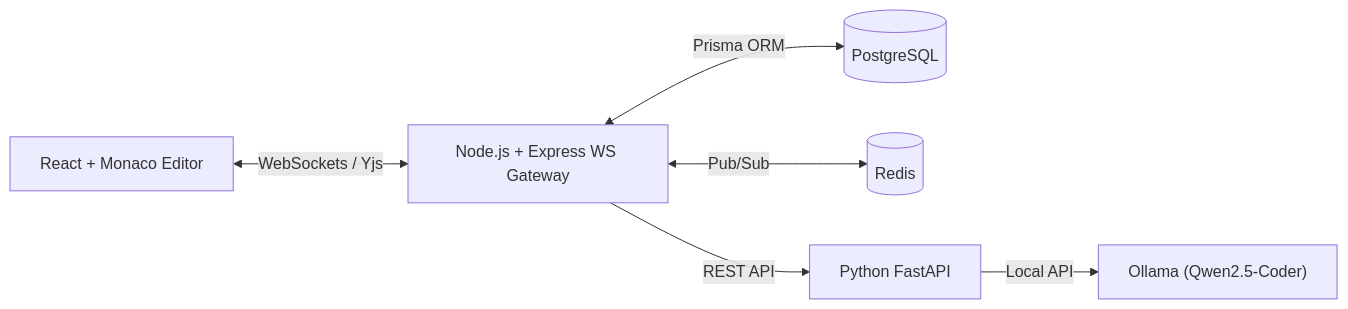
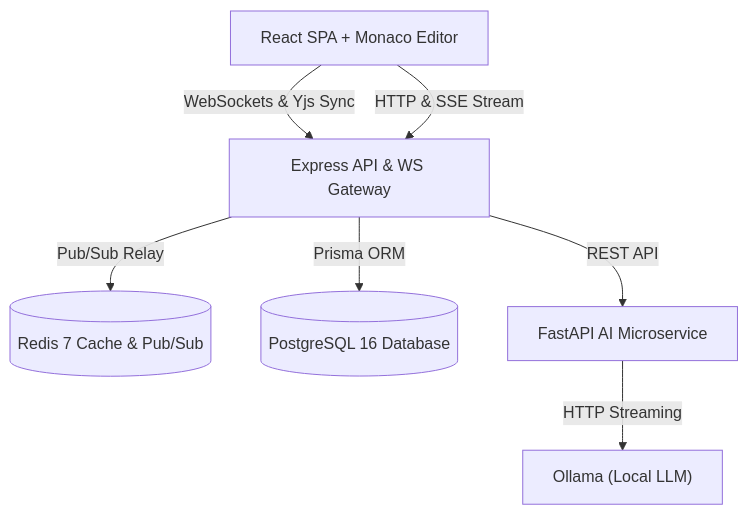
The diagram in README.md (Shivang-Mishra-20/PeerCode), drawn with Mermaid before and after one commit. The commit also changed other lines of this file and 8 other files, not shown here.

````diff
--- a/README.md
+++ b/README.md
@@ -35,8 +57,16 @@
 ```mermaid
-flowchart LR
-    Client["React + Monaco Editor"] <-->|WebSockets / Yjs| Backend["Node.js + Express WS Gateway"]
-    Backend <-->|Prisma ORM| DB[(PostgreSQL)]
-    Backend <-->|Pub/Sub| Redis[(Redis)]
-    Backend -->|REST API| AIService["Python FastAPI"]
-    AIService -->|Local API| Ollama["Ollama (Qwen2.5-Coder)"]
+flowchart TD
+    Client["React SPA + Monaco Editor"]
+    GW["Express API & WS Gateway"]
+    Redis[("Redis 7 Cache & Pub/Sub")]
+    PG[("PostgreSQL 16 Database")]
+    AI["FastAPI AI Microservice"]
+    Ollama["Ollama (Local LLM)"]
+
+    Client -->|WebSockets & Yjs Sync| GW
+    Client -->|HTTP & SSE Stream| GW
+    GW -->|Pub/Sub Relay| Redis
+    GW -->|Prisma ORM| PG
+    GW -->|REST API| AI
+    AI -->|HTTP Streaming| Ollama
 ```
````
